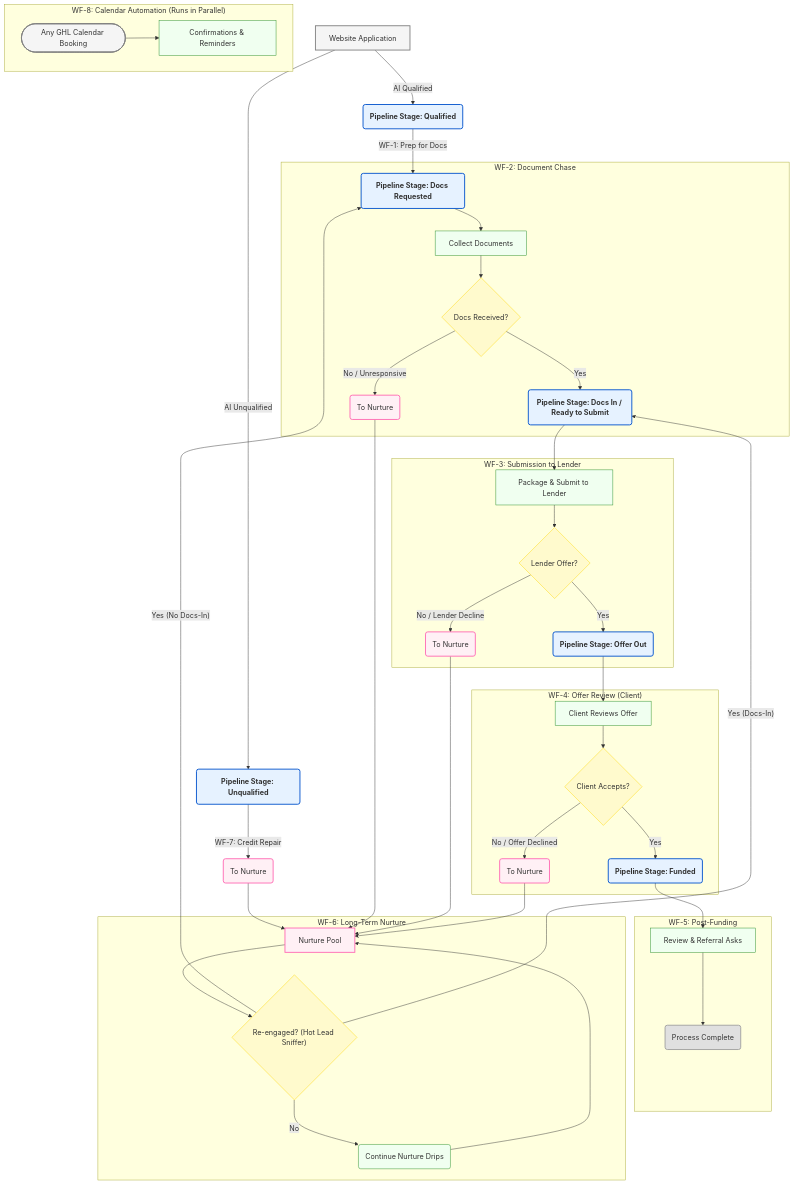
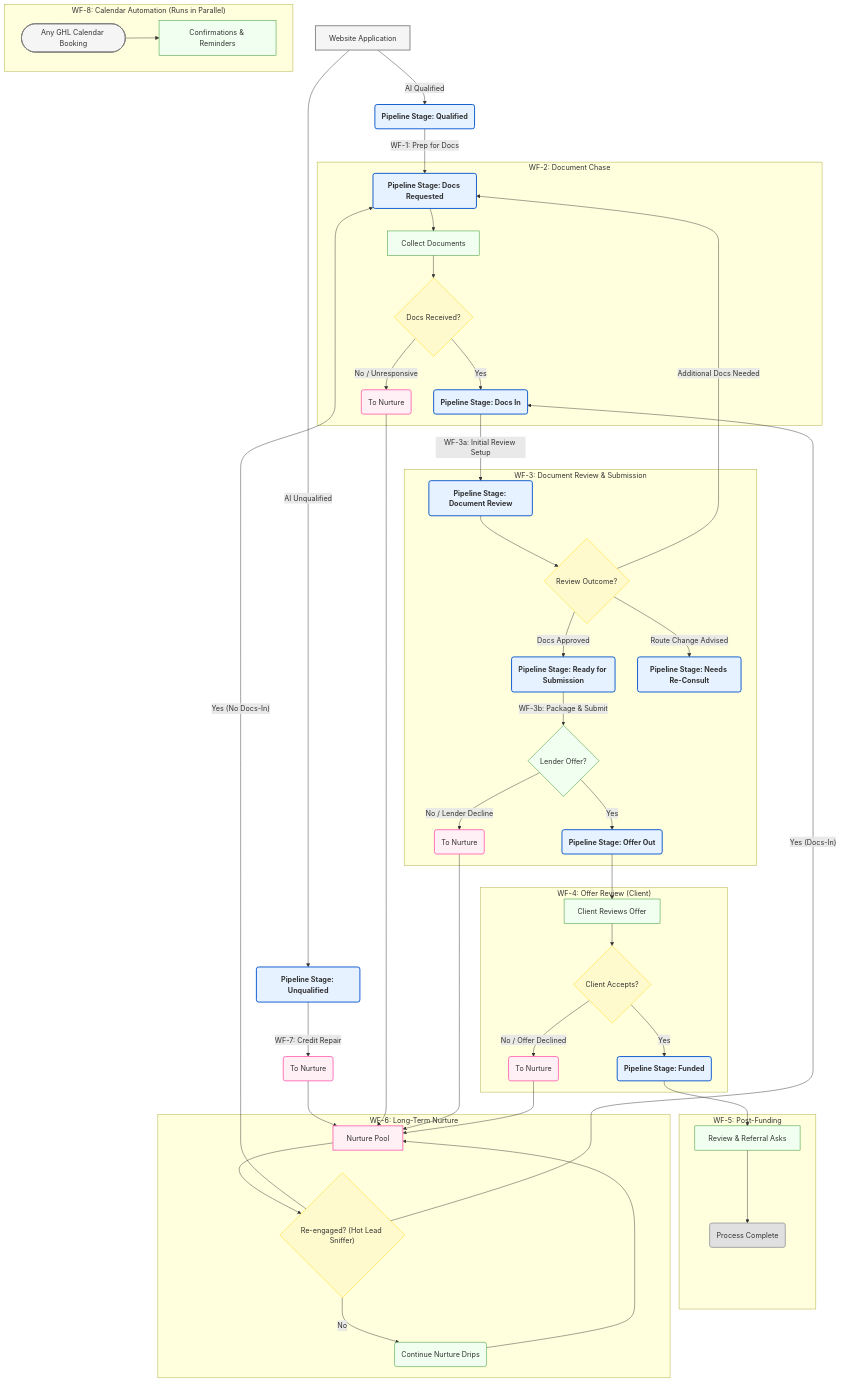
Before and after one commit to nidty719/nexli-ghl-workflows: the first of 3 diagrams in readme.md, drawn with Mermaid. The commit also changed other lines of this file and 2 other files, not shown here.

````diff
--- a/readme.md
+++ b/readme.md
@@ -94,70 +121,74 @@
 ```mermaid
 graph TD;
     A[Website Application] -->|AI Qualified| QS(Pipeline Stage: Qualified);
     A -->|AI Unqualified| UQ(Pipeline Stage: Unqualified);
 
     UQ -- "WF-7: Credit Repair" --> ToNurture1(To Nurture);
     
     QS -- "WF-1: Prep for Docs" --> DR(Pipeline Stage: Docs Requested);
     
     subgraph "WF-2: Document Chase"
         DR --> WF2_Process[Collect Documents];
         WF2_Process --> WF2_Decision{Docs Received?};
-        WF2_Decision -- Yes --> DS(Pipeline Stage: Docs In / Ready to Submit);
+        WF2_Decision -- Yes --> DS(Pipeline Stage: Docs In);
         WF2_Decision -- No / Unresponsive --> ToNurture2(To Nurture);
     end
 
-    subgraph "WF-3: Submission to Lender"
-        DS --> WF3_Process[Package & Submit to Lender];
-        WF3_Process --> WF3_Decision{Lender Offer?};
-        WF3_Decision -- Yes --> HO(Pipeline Stage: Offer Out);
-        WF3_Decision -- No / Lender Decline --> ToNurture3(To Nurture);
+    subgraph "WF-3: Document Review & Submission"
+        DS -- "WF-3a: Initial Review Setup" --> DRV(Pipeline Stage: Document Review);
+        DRV --> WF3_ReviewDecision{Review Outcome?};
+        WF3_ReviewDecision -- "Docs Approved" --> DSUB(Pipeline Stage: Ready for Submission);
+        DSUB -- "WF-3b: Package & Submit" --> WF3_LenderDecision{Lender Offer?};
+        WF3_LenderDecision -- Yes --> HO(Pipeline Stage: Offer Out);
+        WF3_LenderDecision -- No / Lender Decline --> ToNurture3(To Nurture);
+        WF3_ReviewDecision -- "Additional Docs Needed" --> DR;
+        WF3_ReviewDecision -- "Route Change Advised" --> NRC(Pipeline Stage: Needs Re-Consult);
     end
 
     subgraph "WF-4: Offer Review (Client)"
         HO --> WF4_Process[Client Reviews Offer];
         WF4_Process --> WF4_Decision{Client Accepts?};
         WF4_Decision -- Yes --> F(Pipeline Stage: Funded);
         WF4_Decision -- No / Offer Declined --> ToNurture4(To Nurture);
     end
 
     subgraph "WF-5: Post-Funding"
         F --> WF5_Process[Review & Referral Asks];
         WF5_Process --> Done(Process Complete);
     end
     
     ToNurture1 --> N;
     ToNurture2 --> N;
     ToNurture3 --> N;
     ToNurture4 --> N;
 
     subgraph "WF-6: Long-Term Nurture"
         N[Nurture Pool] --> N_ReEngage{"Re-engaged? (Hot Lead Sniffer)"};
         N_ReEngage -- "Yes (No Docs-In)" --> DR;
         N_ReEngage -- "Yes (Docs-In)" --> DS;
         N_ReEngage -- No --> N_Loop(Continue Nurture Drips);
         N_Loop --> N;
     end
     
     subgraph "WF-8: Calendar Automation (Runs in Parallel)"
         CalendarBooking([Any GHL Calendar Booking]) --> WF8_Process[Confirmations & Reminders];
     end
 
     classDef pipelineStage fill:#e6f2ff,stroke:#0052cc,stroke-width:2px,font-weight:bold;
-    class QS,UQ,DR,DS,HO,F pipelineStage
+    class QS,UQ,DR,DS,DRV,DSUB,HO,F,NRC pipelineStage
 
     classDef workflowBlock fill:#f0fff0,stroke:#228B22,stroke-width:1px;
-    class WF2_Process,WF3_Process,WF4_Process,WF5_Process,WF8_Process,N_Loop workflowBlock
+    class WF2_Process,WF3_LenderDecision,WF4_Process,WF5_Process,WF8_Process,N_Loop workflowBlock
     
     classDef nurtureNode fill:#fff0f5,stroke:#FF69B4,stroke-width:2px;
     class N,ToNurture1,ToNurture2,ToNurture3,ToNurture4 nurtureNode
 
     classDef decision fill:#FFFACD,stroke:#FFD700,stroke-width:1px;
-    class WF2_Decision,WF3_Decision,WF4_Decision,N_ReEngage decision
+    class WF2_Decision,WF3_ReviewDecision,WF4_Decision,N_ReEngage decision
 
     classDef entryPoint fill:#F5F5F5,stroke:#808080,stroke-width:2px;
     class A,CalendarBooking entryPoint
 
     classDef endPoint fill:#E0E0E0,stroke:#A0A0A0,stroke-width:2px;
     class Done endPoint
 ```
````
